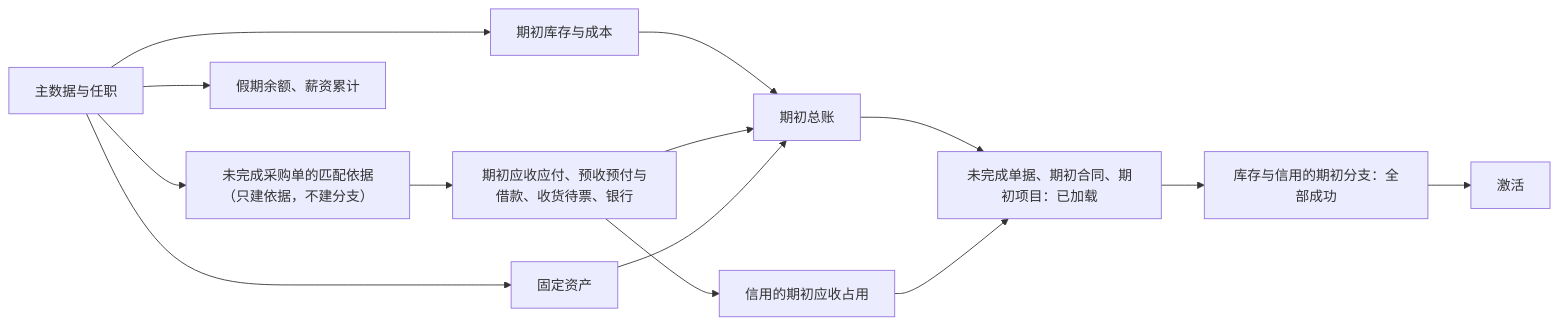
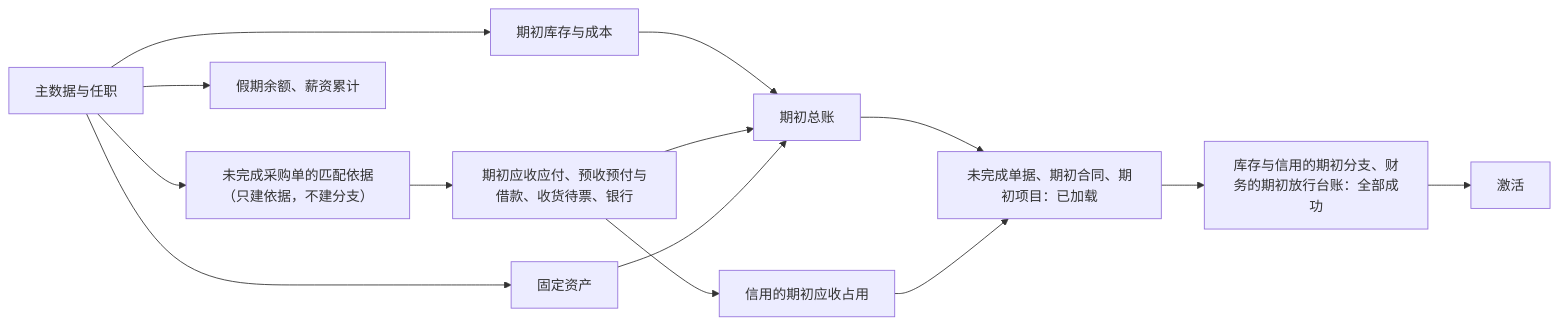
The diagram in tempDocs/final/06-protocols/16-go-live-and-import.md (brickKit/be-assembly-standard), drawn with Mermaid before and after one commit. The commit also changed other lines of this file and 14 other files, not shown here.

````diff
--- a/tempDocs/final/06-protocols/16-go-live-and-import.md
+++ b/tempDocs/final/06-protocols/16-go-live-and-import.md
@@ -102,16 +109,16 @@
 ```mermaid
 flowchart LR
     M[主数据与任职] --> S[期初库存与成本]
     M --> PO[未完成采购单的匹配依据（只建依据，不建分支）]
     PO --> AR[期初应收应付、预收预付与借款、收货待票、银行]
     M --> FA[固定资产]
     M --> HR[假期余额、薪资累计]
     S --> GL[期初总账]
     AR --> GL
     FA --> GL
     AR --> CR[信用的期初应收占用]
     GL --> OPENL[未完成单据、期初合同、期初项目：已加载]
     CR --> OPENL
-    OPENL --> BR[库存与信用的期初分支：全部成功]
+    OPENL --> BR[库存与信用的期初分支、财务的期初放行台账：全部成功]
     BR --> OPEN[激活]
 ```
````
